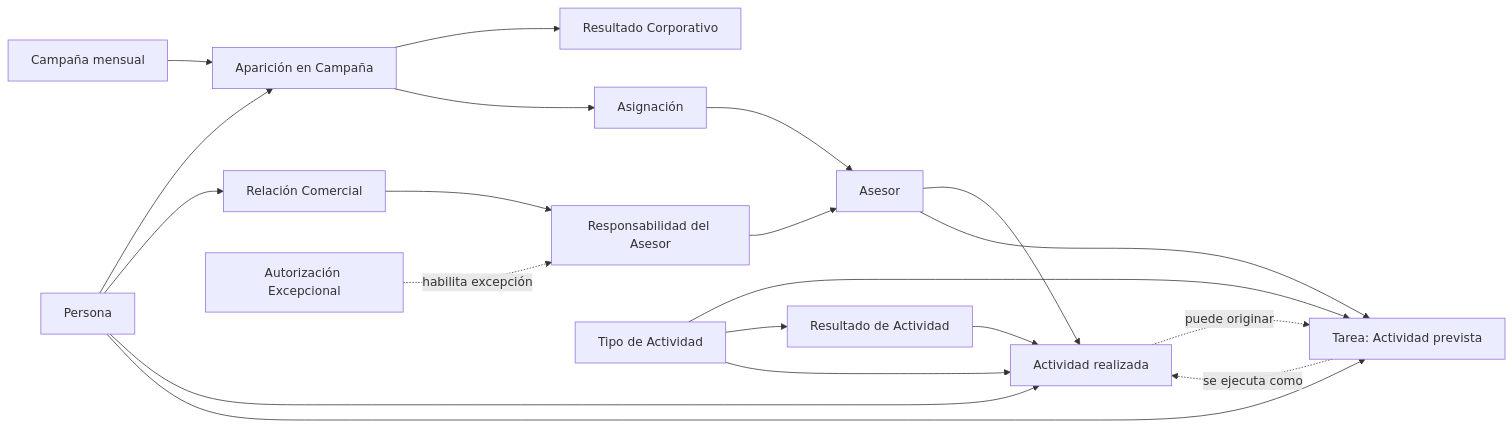
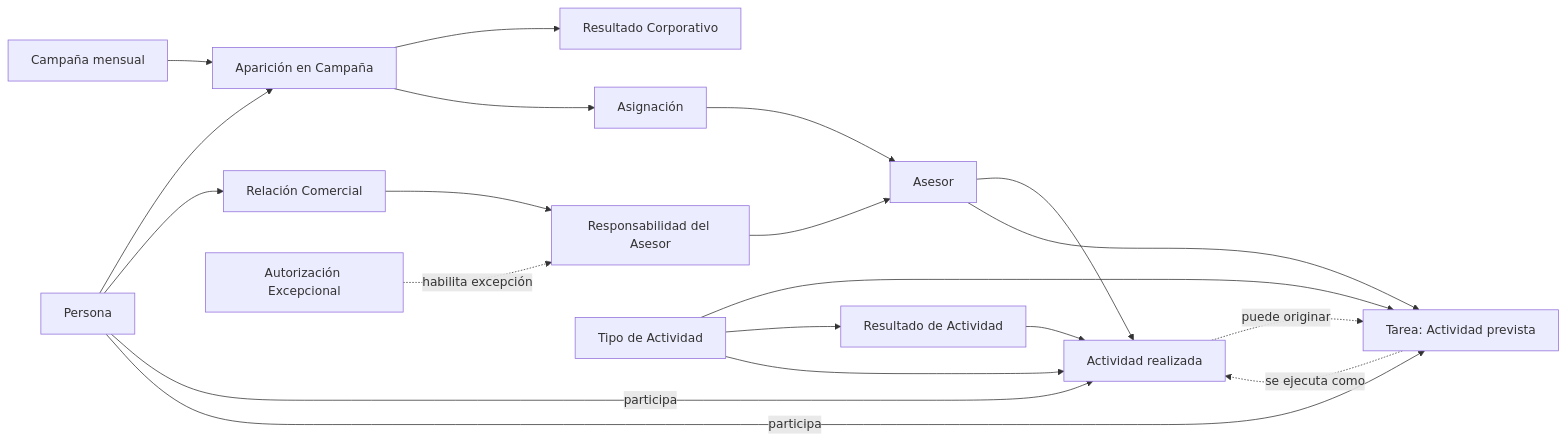
Before and after one commit to guilledpn/KNwS7F_2a2LZ7MS: the diagram in docs/domain/commercial-model.md, drawn with Mermaid. The commit also changed other lines of this file, not shown here.

````diff
--- a/docs/domain/commercial-model.md
+++ b/docs/domain/commercial-model.md
@@ -49,38 +49,38 @@
 ```mermaid
 flowchart LR
     PERSONA[Persona]
     CAMPANIA[Campaña mensual]
     APARICION[Aparición en Campaña]
     RESULTADO[Resultado Corporativo]
     ASIGNACION[Asignación]
     ASESOR[Asesor]
     RELACION[Relación Comercial]
     RESPONSABILIDAD[Responsabilidad del Asesor]
     AUTORIZACION[Autorización Excepcional]
     TIPO[Tipo de Actividad]
     RESACT[Resultado de Actividad]
     ACTIVIDAD[Actividad realizada]
     TAREA[Tarea: Actividad prevista]
 
     PERSONA --> APARICION
     CAMPANIA --> APARICION
     APARICION --> RESULTADO
     APARICION --> ASIGNACION
     ASIGNACION --> ASESOR
 
     PERSONA --> RELACION
     RELACION --> RESPONSABILIDAD
     RESPONSABILIDAD --> ASESOR
     AUTORIZACION -. habilita excepción .-> RESPONSABILIDAD
 
     TIPO --> TAREA
     TIPO --> RESACT
     RESACT --> ACTIVIDAD
     TIPO --> ACTIVIDAD
-    PERSONA --> ACTIVIDAD
+    PERSONA -->|participa| ACTIVIDAD
     ASESOR --> ACTIVIDAD
-    PERSONA --> TAREA
+    PERSONA -->|participa| TAREA
     ASESOR --> TAREA
     ACTIVIDAD -. puede originar .-> TAREA
     TAREA -. se ejecuta como .-> ACTIVIDAD
 ```
````
